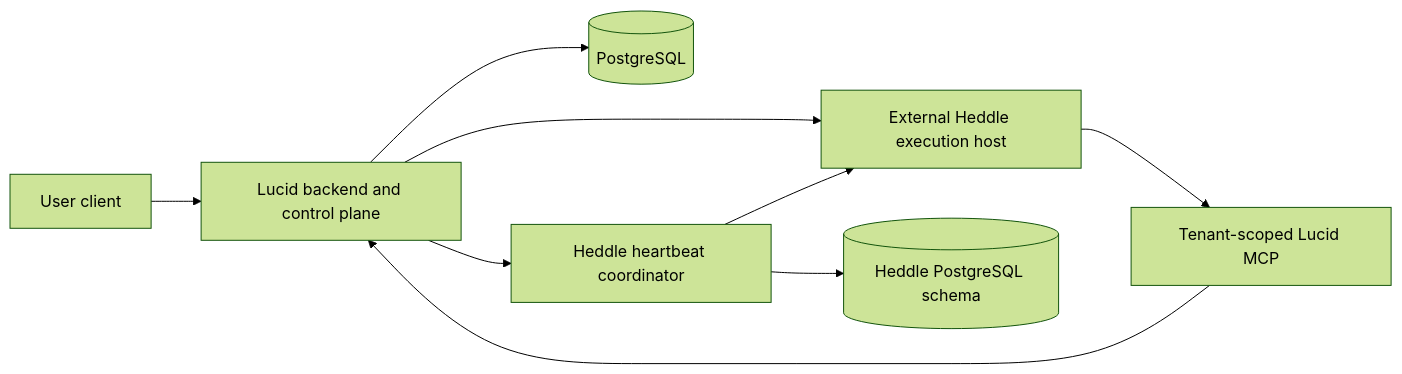
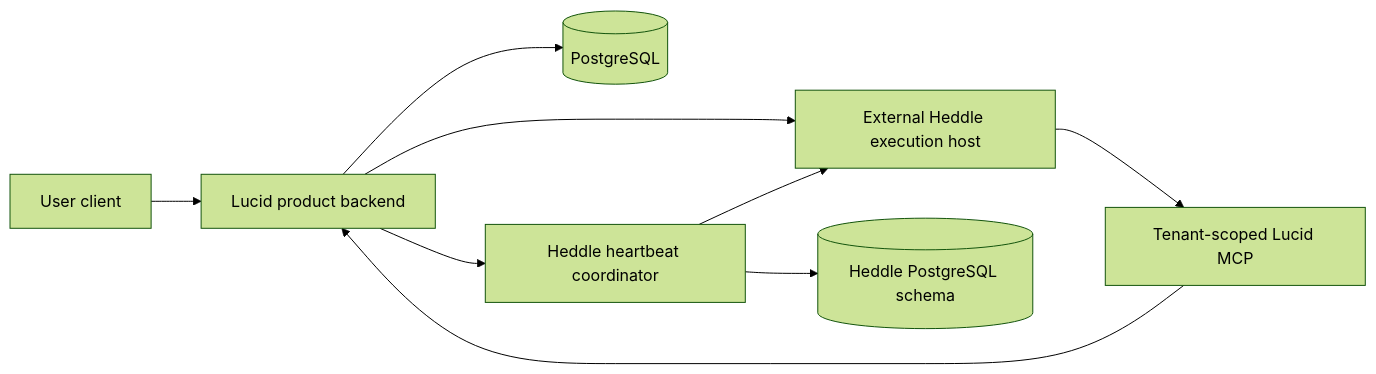
The diagram in docs/hosted-execution.md (roackb2/lucid), drawn with Mermaid (forest theme) before and after one commit. The commit also changed other lines of this file and 39 other files, not shown here.

````diff
--- a/docs/hosted-execution.md
+++ b/docs/hosted-execution.md
@@ -94,11 +101,11 @@
 ```mermaid
 flowchart LR
-  Client["User client"] --> Backend["Lucid backend and control plane"]
+  Client["User client"] --> Backend["Lucid product backend"]
   Backend --> Database[("PostgreSQL")]
   Backend --> Runtime["External Heddle execution host"]
   Backend --> Coordinator["Heddle heartbeat coordinator"]
   Coordinator --> HeddleDb[("Heddle PostgreSQL schema")]
   Coordinator --> Runtime
   Runtime --> MCP["Tenant-scoped Lucid MCP"]
   MCP --> Backend
 ```
````
